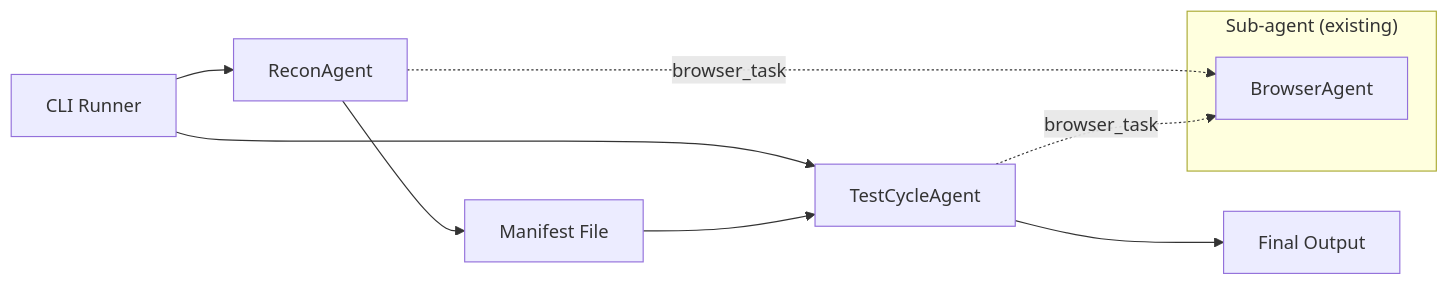
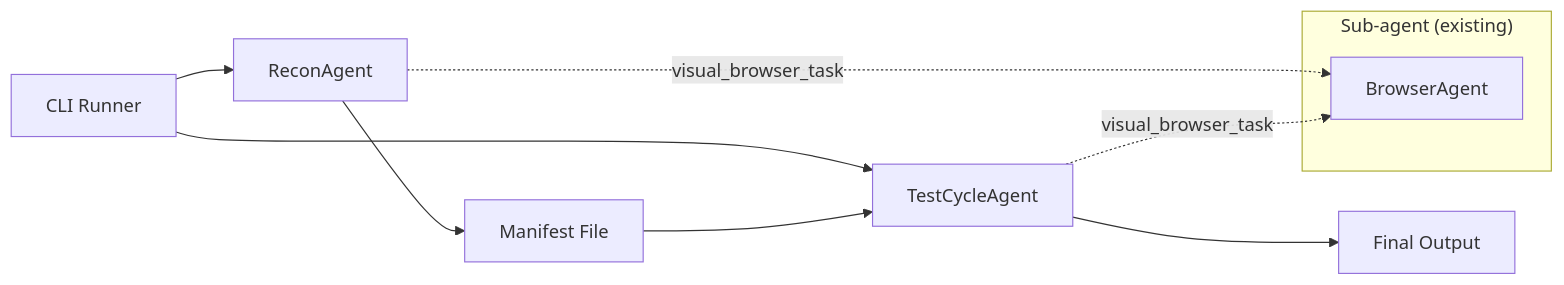
Before and after one commit to nwang783/tempo-sec: the first of 4 diagrams in docs/ORCHESTRATOR_ARCHITECTURE_SPEC.md, drawn with Mermaid. The commit also changed other lines of this file and 16 other files, not shown here.

````diff
--- a/docs/ORCHESTRATOR_ARCHITECTURE_SPEC.md
+++ b/docs/ORCHESTRATOR_ARCHITECTURE_SPEC.md
@@ -28,15 +28,15 @@
 ```mermaid
 flowchart LR
     CLI["CLI Runner"]
     CLI --> R["ReconAgent"]
     CLI --> T["TestCycleAgent"]
     R --> M["Manifest File"]
     M --> T
     T --> F["Final Output"]
     
     subgraph "Sub-agent (existing)"
         B["BrowserAgent"]
     end
-    R -.->|"browser_task"| B
-    T -.->|"browser_task"| B
+    R -.->|"visual_browser_task"| B
+    T -.->|"visual_browser_task"| B
 ```
````
